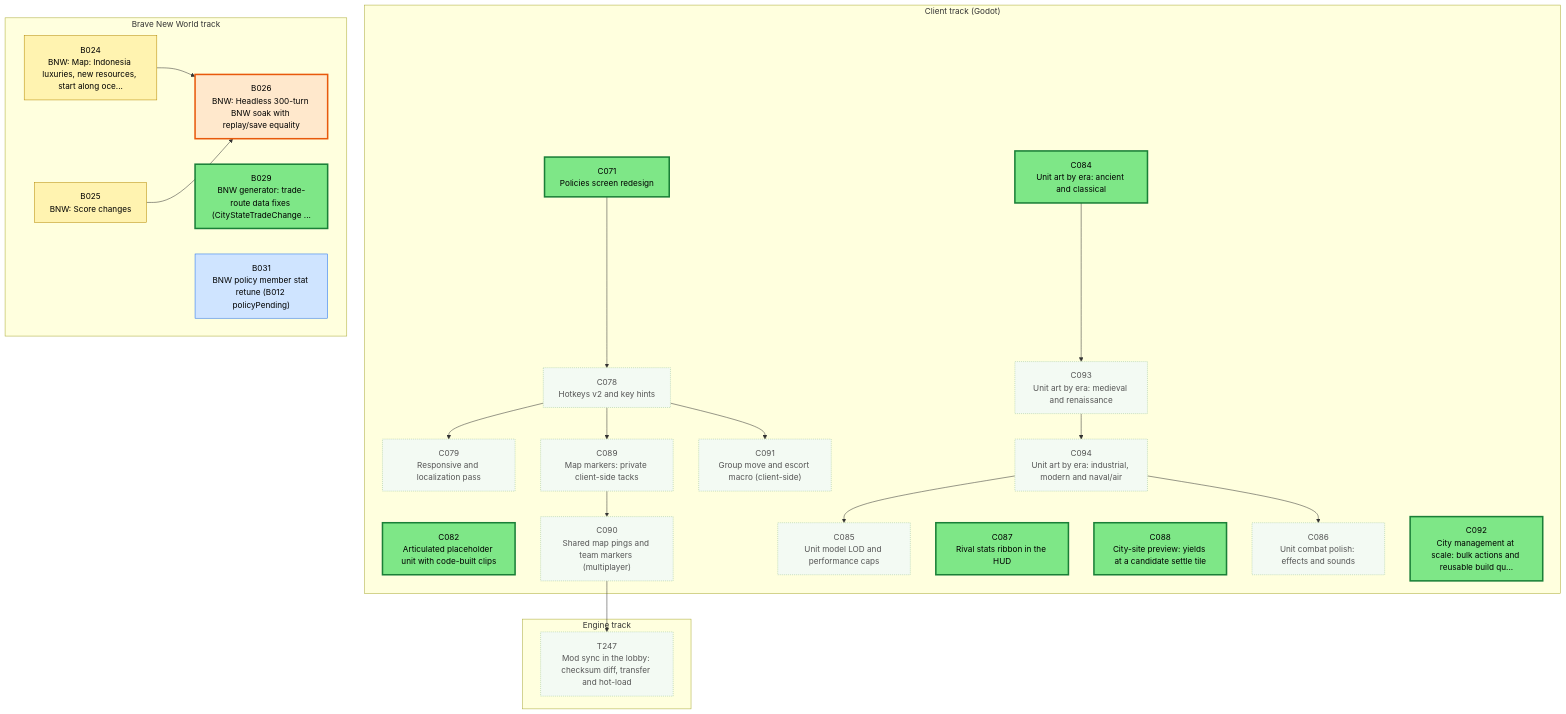
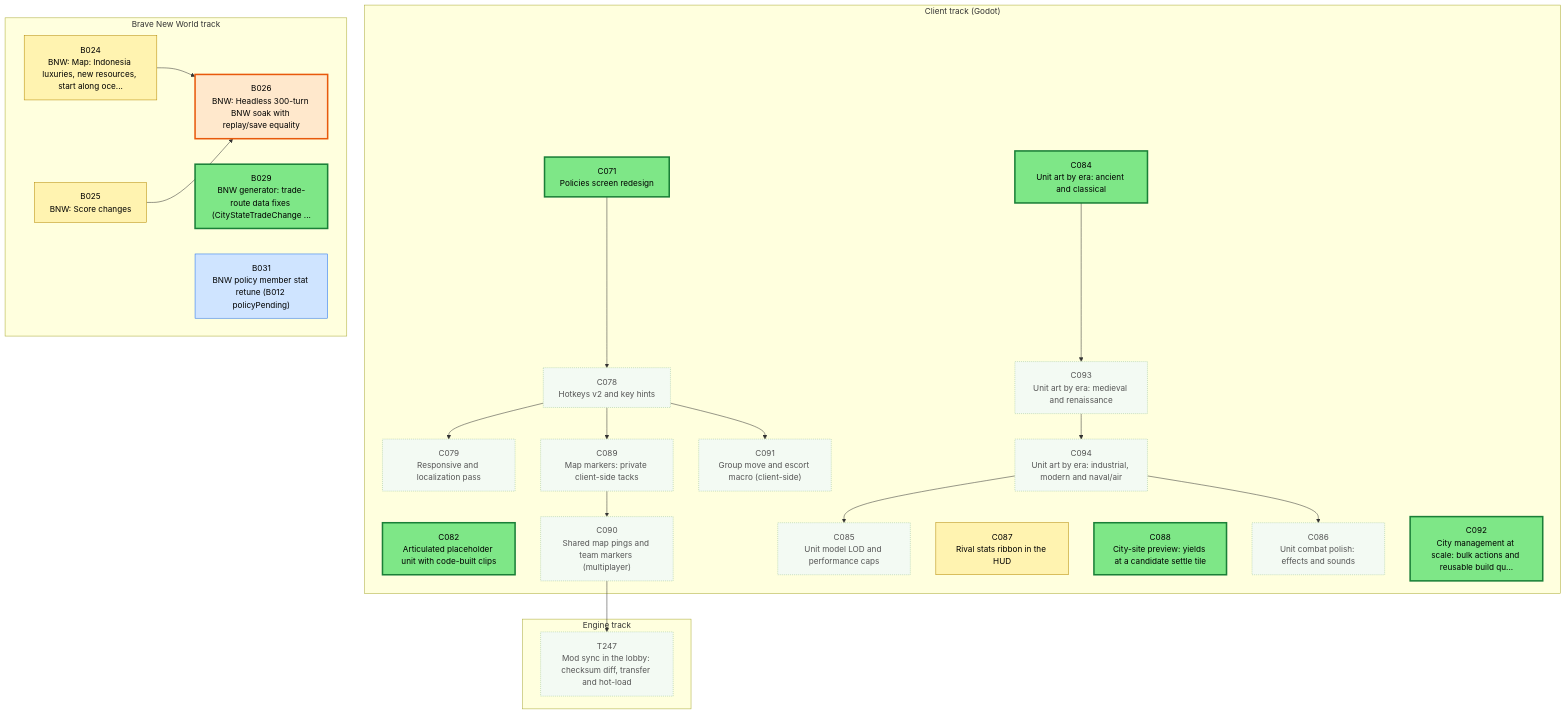
One commit to Kenmura/Unciv changed the first of 3 diagrams in csharp/migration/DEPENDENCY_MAP.md. Above: the diagram before and after it, drawn with Mermaid. The commit also changed other lines of this file and 1 other file, not shown here.

````diff
--- a/csharp/migration/DEPENDENCY_MAP.md
+++ b/csharp/migration/DEPENDENCY_MAP.md
@@ -25,70 +25,70 @@
 ```mermaid
 flowchart TD
   subgraph TTRACK["Engine track"]
     T247["T247<br/>Mod sync in the lobby: checksum diff, transfer and hot-load"]
   end
   subgraph CTRACK["Client track (Godot)"]
     C071["C071<br/>Policies screen redesign"]
     C078["C078<br/>Hotkeys v2 and key hints"]
     C079["C079<br/>Responsive and localization pass"]
     C082["C082<br/>Articulated placeholder unit with code-built clips"]
     C084["C084<br/>Unit art by era: ancient and classical"]
     C085["C085<br/>Unit model LOD and performance caps"]
     C086["C086<br/>Unit combat polish: effects and sounds"]
     C087["C087<br/>Rival stats ribbon in the HUD"]
     C088["C088<br/>City-site preview: yields at a candidate settle tile"]
     C089["C089<br/>Map markers: private client-side tacks"]
     C090["C090<br/>Shared map pings and team markers (multiplayer)"]
     C091["C091<br/>Group move and escort macro (client-side)"]
     C092["C092<br/>City management at scale: bulk actions and reusable build qu..."]
     C093["C093<br/>Unit art by era: medieval and renaissance"]
     C094["C094<br/>Unit art by era: industrial, modern and naval/air"]
   end
   subgraph BTRACK["Brave New World track"]
     B024["B024<br/>BNW: Map: Indonesia luxuries, new resources, start along oce..."]
     B025["B025<br/>BNW: Score changes"]
     B026["B026<br/>BNW: Headless 300-turn BNW soak with replay/save equality"]
     B029["B029<br/>BNW generator: trade-route data fixes (CityStateTradeChange ..."]
     B031["B031<br/>BNW policy member stat retune (B012 policyPending)"]
   end
   C090 --> T247
   C071 --> C078
   C078 --> C079
   C094 --> C085
   C094 --> C086
   C078 --> C089
   C089 --> C090
   C078 --> C091
   C084 --> C093
   C093 --> C094
   B024 --> B026
   B025 --> B026
   classDef waiting fill:#f3faf3,stroke:#9bc49b,color:#555,stroke-dasharray:2 2
   classDef ondeck fill:#ffe8cc,stroke:#e8590c,stroke-width:3px,color:#000
   classDef ready fill:#7ee787,stroke:#1a7f37,stroke-width:3px,color:#000
   classDef prog fill:#fff3b0,stroke:#b58900,color:#000
   classDef review fill:#cfe4ff,stroke:#1f6feb,color:#000
   classDef blocked fill:#ffd6d6,stroke:#c62828,color:#000
   classDef done fill:#eeeeee,stroke:#999999,color:#666,stroke-dasharray:4 3
   class B024 prog
   class B025 prog
   class B026 ondeck
   class B029 ready
   class B031 review
   class C071 ready
   class C078 waiting
   class C079 waiting
   class C082 ready
   class C084 ready
   class C085 waiting
   class C086 waiting
-  class C087 ready
+  class C087 prog
   class C088 ready
   class C089 waiting
   class C090 waiting
   class C091 waiting
   class C092 ready
   class C093 waiting
   class C094 waiting
   class T247 waiting
 ```
````
